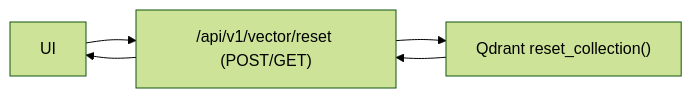
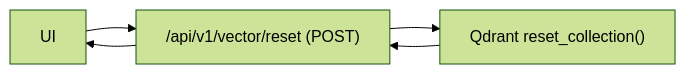
Before and after one commit to Flissel/-req-orchestrator: diagram 14 of 15 in docs/architecture/SYSTEM_OVERVIEW.md, drawn with Mermaid (forest theme). The commit also changed other lines of this file and 128 other files, not shown here.

````diff
--- a/docs/architecture/SYSTEM_OVERVIEW.md
+++ b/docs/architecture/SYSTEM_OVERVIEW.md
@@ -386,11 +704,11 @@
 ```mermaid
 flowchart LR
   UI["UI"]
-  API["/api/v1/vector/reset (POST/GET)"]
+  API["/api/v1/vector/reset (POST)"]
   Q["Qdrant reset_collection()"]
 
   UI --> API
   API --> Q
   Q --> API
   API --> UI
 ```
````
